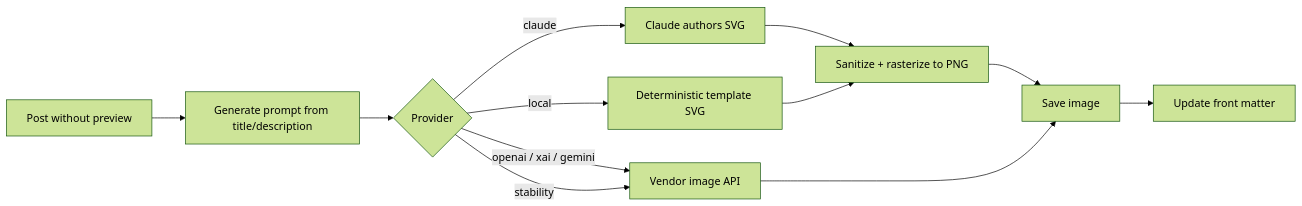
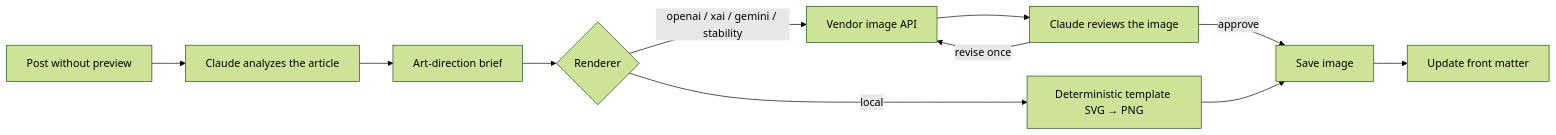
Before and after one commit to bamr87/zer0-mistakes: the diagram in pages/_docs/features/preview-image-generator.md, drawn with Mermaid (forest theme). The commit also changed other lines of this file and 13 other files, not shown here.

First line of the commit message:
feat(scripts): Claude orchestrates preview images — analyze, direct, review; renderer produces

````diff
--- a/pages/_docs/features/preview-image-generator.md
+++ b/pages/_docs/features/preview-image-generator.md
@@ -45,14 +44,13 @@
 ```mermaid
 graph LR
-    A[Post without preview] --> B[Generate prompt from title/description]
-    B --> C{Provider}
-    C -->|claude| D[Claude authors SVG]
-    D --> D2[Sanitize + rasterize to PNG]
-    C -->|openai / xai / gemini| E[Vendor image API]
-    C -->|stability| E
-    C -->|local| F[Deterministic template SVG]
-    F --> D2
-    D2 --> G[Save image]
-    E --> G
+    A[Post without preview] --> B[Claude analyzes the article]
+    B --> B2[Art-direction brief]
+    B2 --> C{Renderer}
+    C -->|openai / xai / gemini / stability| E[Vendor image API]
+    C -->|local| F[Deterministic template SVG → PNG]
+    E --> R[Claude reviews the image]
+    R -->|approve| G[Save image]
+    R -->|revise once| E
+    F --> G
     G --> H[Update front matter]
 ```
````
